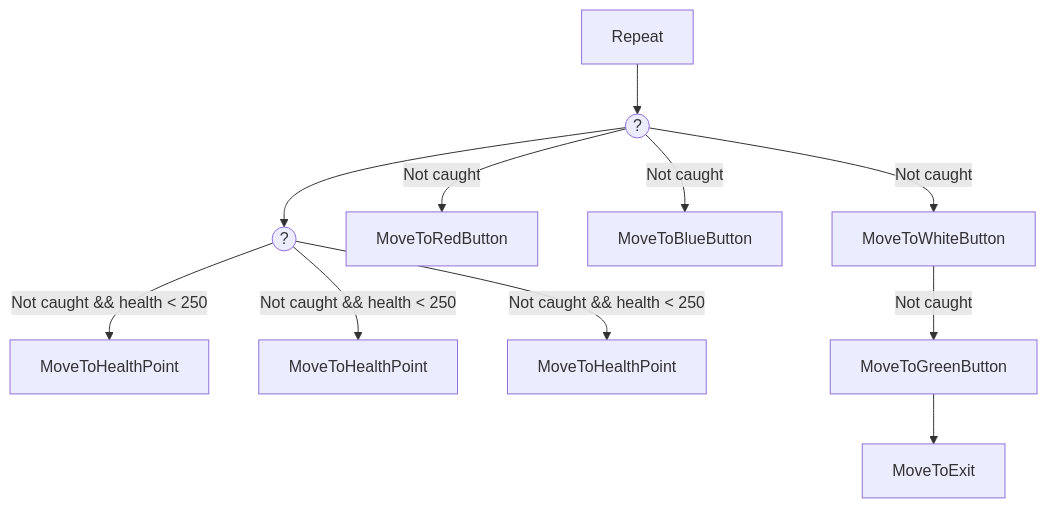
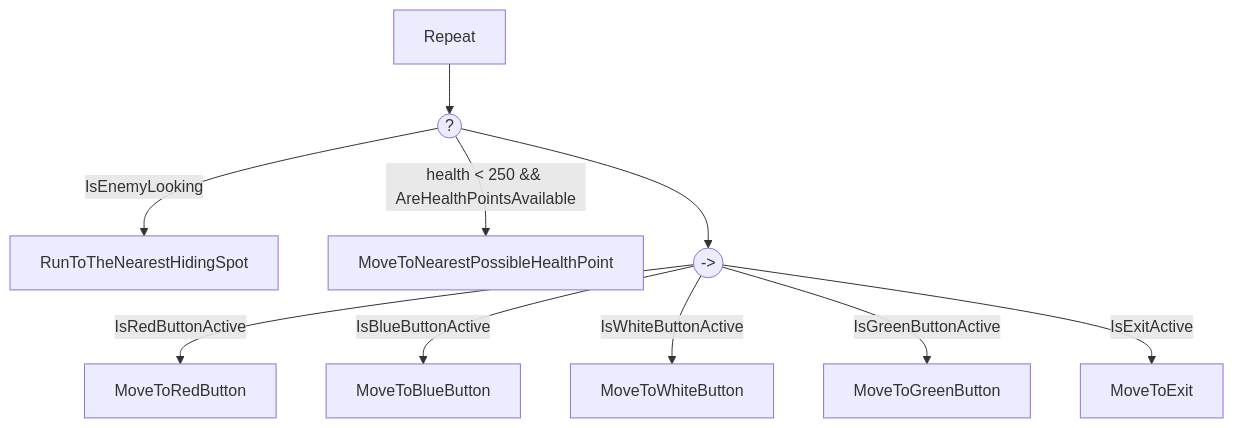
Before and after one commit to IAV24-G02/IAV24-G02-P3: the diagram in README.md, drawn with Mermaid. The commit also changed other lines of this file and 1 other file, not shown here.

Commit message:
D. Actualización del árbol de comportamientos

````diff
--- a/README.md
+++ b/README.md
@@ -55,13 +43,12 @@
 ```mermaid
 flowchart TD
     A[Repeat] --> B((?))
-    B --> C((?))
-    C -->|Not caught && health < 250| D[MoveToHealthPoint]
-    C -->|Not caught && health < 250| E[MoveToHealthPoint]
-    C -->|Not caught && health < 250| F[MoveToHealthPoint]
-    B -->|Not caught| G[MoveToRedButton]
-    B -->|Not caught| H[MoveToBlueButton]
-    B -->|Not caught| I[MoveToWhiteButton]
-    I -->|Not caught| K[MoveToGreenButton]
-    K --> L[MoveToExit]
+    B -->|IsEnemyLooking| C[RunToTheNearestHidingSpot]
+    B -->|health < 250 && AreHealthPointsAvailable| D[MoveToNearestPossibleHealthPoint]
+    B --> J(("->"))
+    J -->|IsRedButtonActive| E[MoveToRedButton]
+    J -->|IsBlueButtonActive| F[MoveToBlueButton]
+    J -->|IsWhiteButtonActive| G[MoveToWhiteButton]
+    J -->|IsGreenButtonActive| H[MoveToGreenButton]
+    J -->|IsExitActive| I[MoveToExit]
 ```
````
